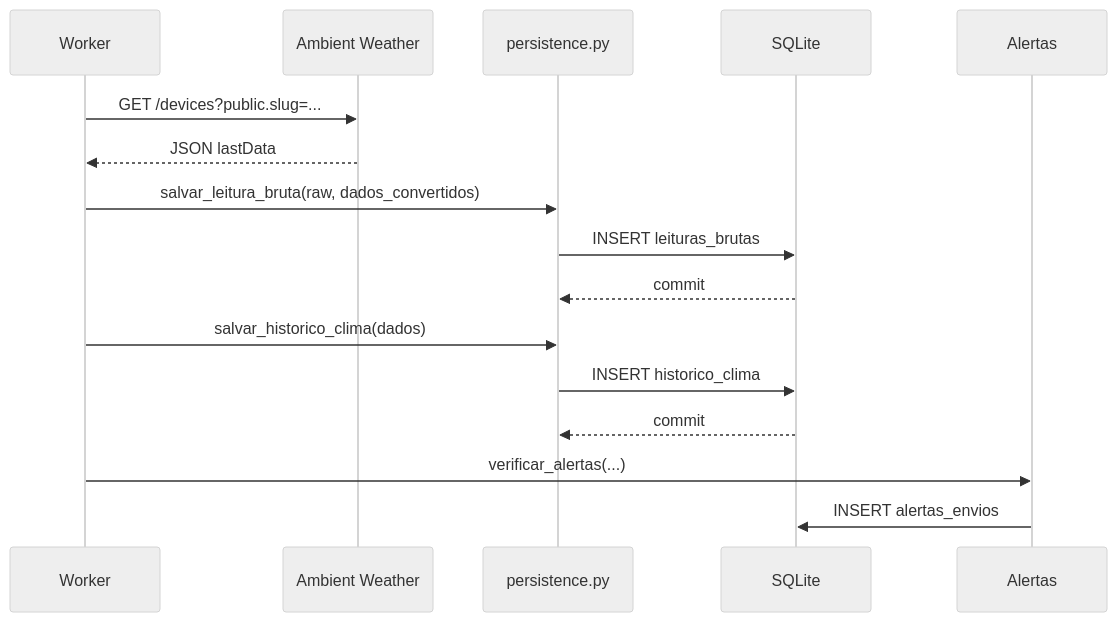
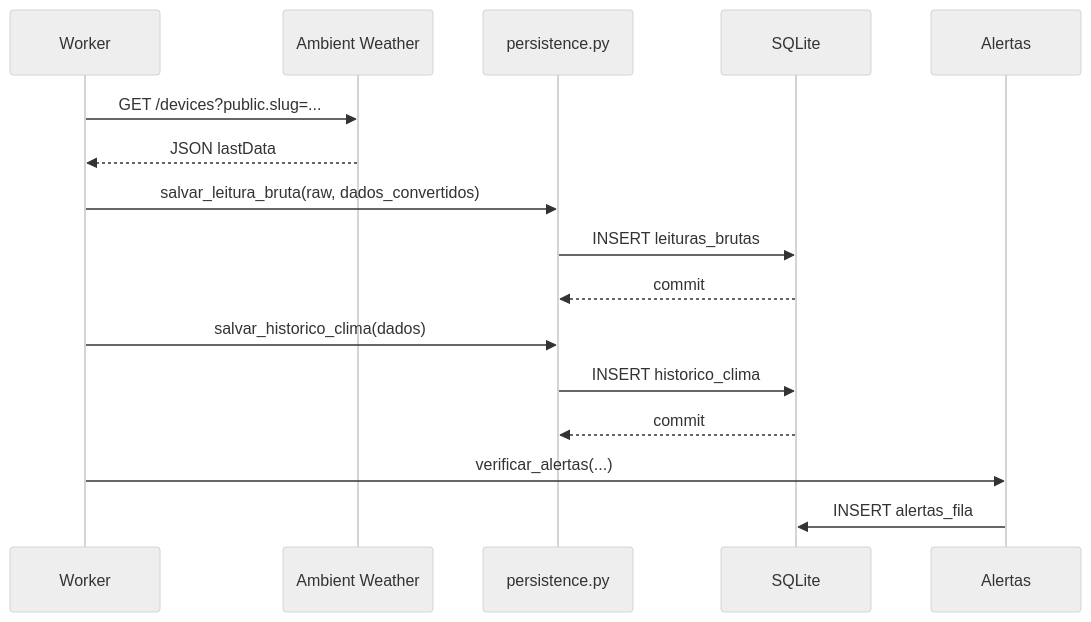
The third of 3 diagrams in README.md (rodrigoraa/EstacaoEmPython), drawn with Mermaid (neutral theme) before and after one commit. The commit also changed other lines of this file and 5 other files, not shown here.

````diff
--- a/README.md
+++ b/README.md
@@ -397,19 +405,19 @@
 ```mermaid
 sequenceDiagram
     participant W as Worker
     participant AW as Ambient Weather
     participant P as persistence.py
     participant DB as SQLite
     participant A as Alertas
 
     W->>AW: GET /devices?public.slug=...
     AW-->>W: JSON lastData
     W->>P: salvar_leitura_bruta(raw, dados_convertidos)
     P->>DB: INSERT leituras_brutas
     DB-->>P: commit
     W->>P: salvar_historico_clima(dados)
     P->>DB: INSERT historico_clima
     DB-->>P: commit
     W->>A: verificar_alertas(...)
-    A->>DB: INSERT alertas_envios
+    A->>DB: INSERT alertas_fila
 ```
````
